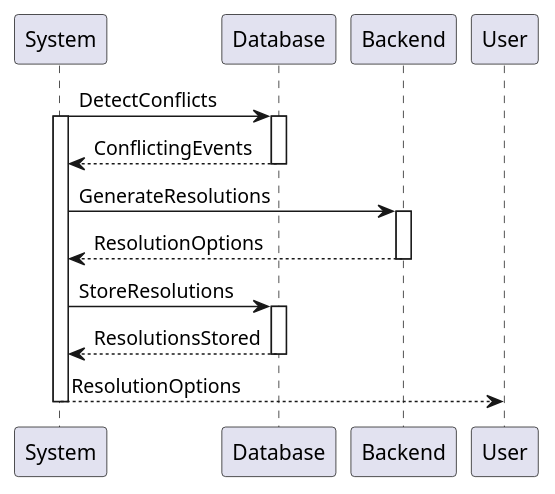
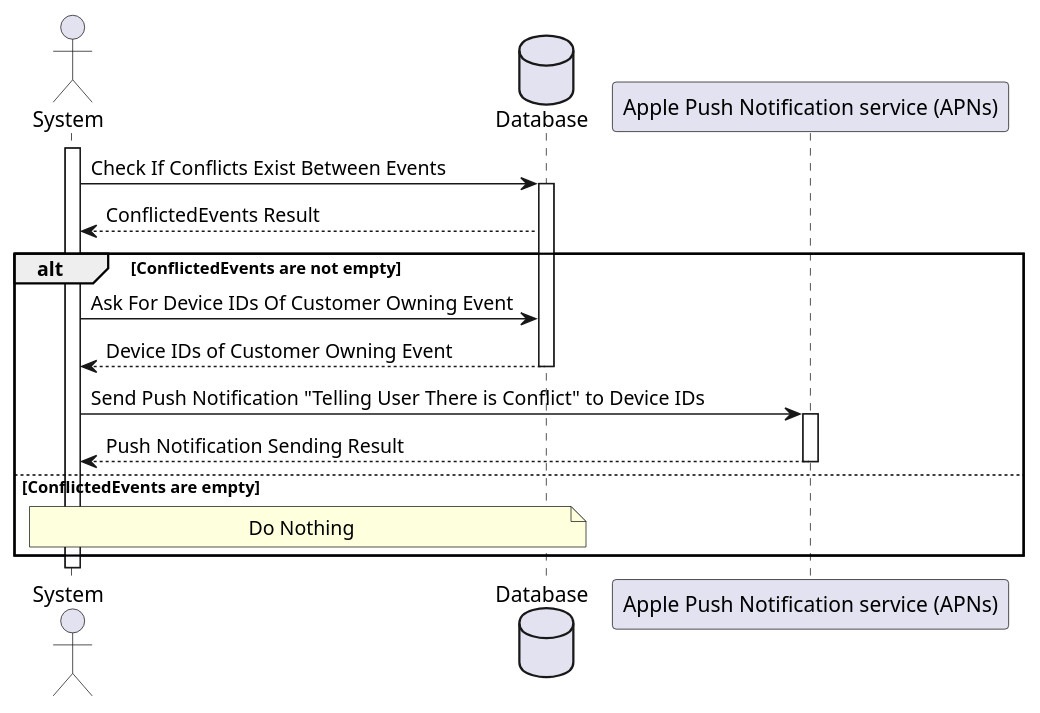
The ninth of 14 diagrams in docs/diagrams/sequence-diagrams/all-sequence-diagrams.puml (jadwalapp/symmetrical-spoon), drawn with PlantUML before and after one commit. The commit also changed other lines of this file and 5 other files, not shown here.

```diff
--- a/docs/diagrams/sequence-diagrams/all-sequence-diagrams.puml
+++ b/docs/diagrams/sequence-diagrams/all-sequence-diagrams.puml
@@ -225,15 +225,19 @@
 @startuml Suggest Conflict Resolutions
-System -> Database ++ : DetectConflicts
+actor System
+database Database
+participant "Apple Push Notification service (APNs)" as APN
+
 activate System
 
-Database --> System -- : ConflictingEvents
+System -> Database ++ : Check If Conflicts Exist Between Events
+Database --> System : ConflictedEvents Result
+alt ConflictedEvents are not empty
+    System -> Database : Ask For Device IDs Of Customer Owning Event
+    Database --> System -- : Device IDs of Customer Owning Event
+    System -> APN ++ : Send Push Notification "Telling User There is Conflict" to Device IDs
+    APN --> System -- : Push Notification Sending Result
+else ConflictedEvents are empty
+    note over System, Database : Do Nothing
+end
 
-System -> Backend ++ : GenerateResolutions
-Backend --> System -- : ResolutionOptions
-
-System -> Database ++ : StoreResolutions
-Database --> System -- : ResolutionsStored
-
-System --> User : ResolutionOptions
-deactivate System
 @enduml
```
